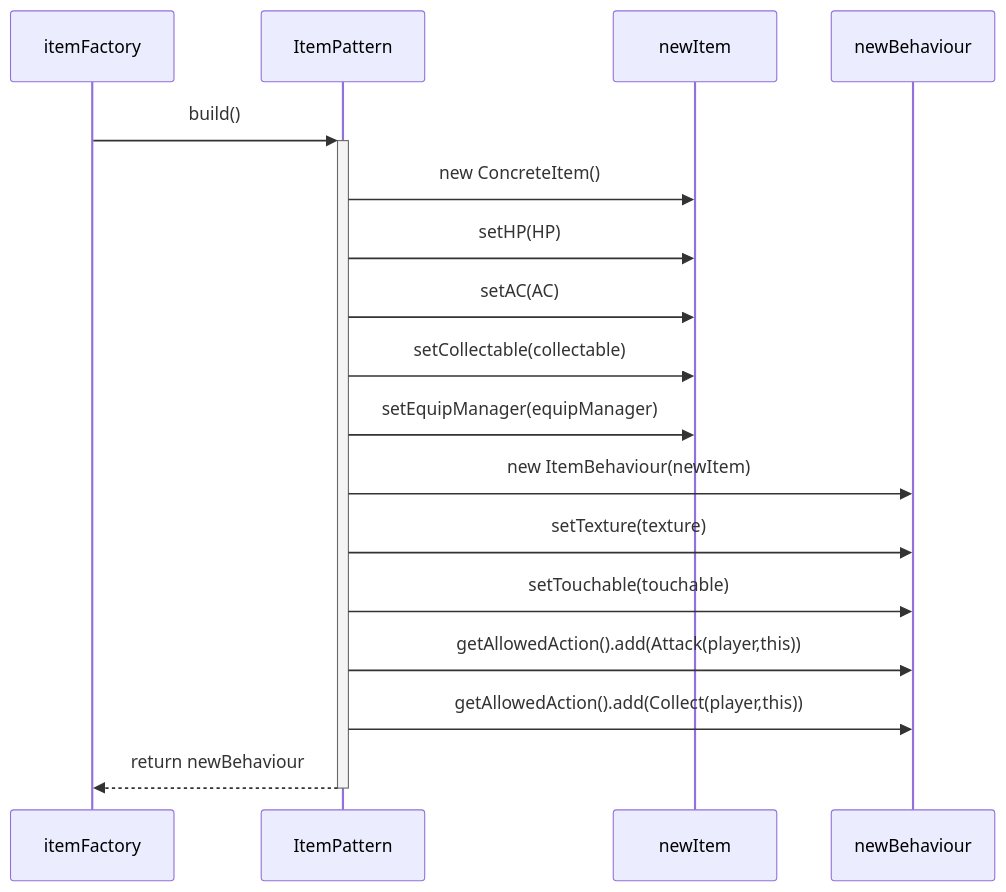
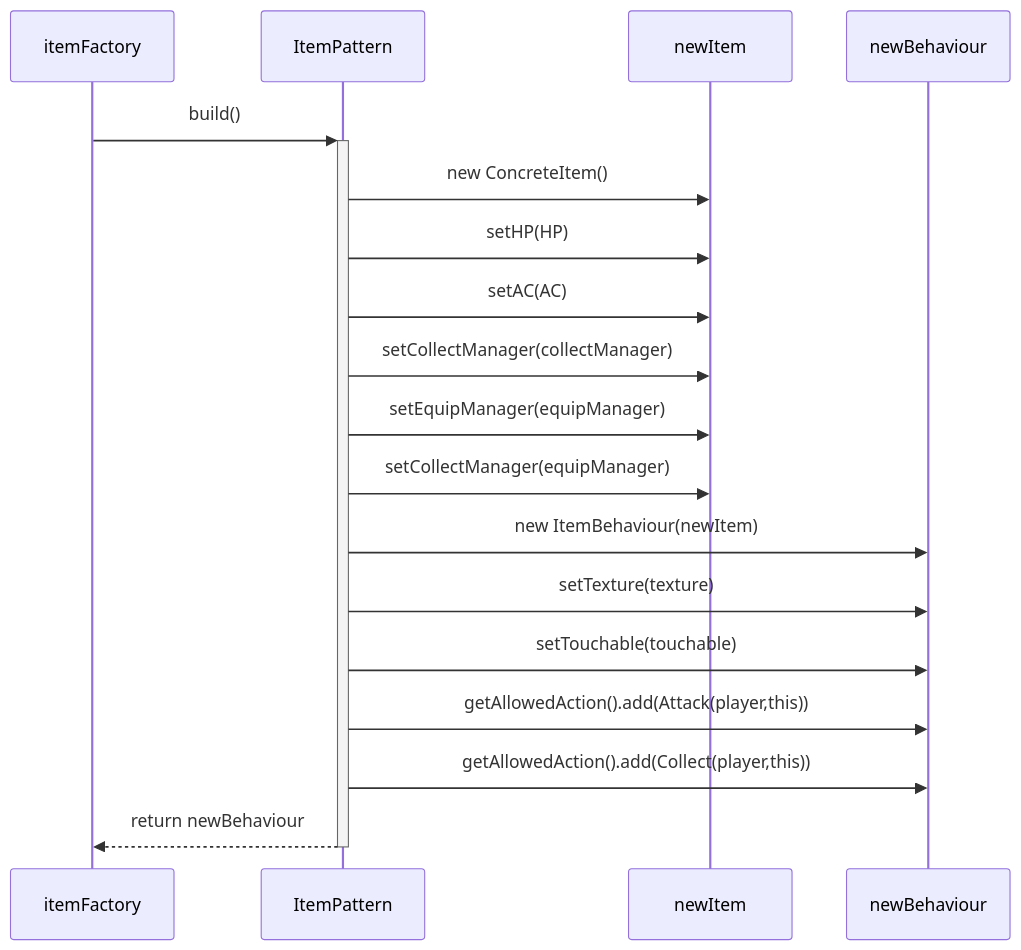
One commit to StrangeClone/GreatGame changed diagram 26 of 37 in class_design/Version_0_1.md. Above: the diagram before and after it, drawn with Mermaid. The commit also changed other lines of this file and 11 other files, not shown here.

````diff
--- a/class_design/Version_0_1.md
+++ b/class_design/Version_0_1.md
@@ -1102,15 +1104,16 @@
 ```mermaid
 sequenceDiagram
     itemFactory ->>+ ItemPattern : build()
     ItemPattern ->> newItem : new ConcreteItem()
     ItemPattern ->> newItem : setHP(HP)
     ItemPattern ->> newItem : setAC(AC)
-    ItemPattern ->> newItem : setCollectable(collectable)
+    ItemPattern ->> newItem : setCollectManager(collectManager)
     ItemPattern ->> newItem : setEquipManager(equipManager)
+    ItemPattern ->> newItem : setCollectManager(equipManager)
     ItemPattern ->> newBehaviour : new ItemBehaviour(newItem)
     ItemPattern ->> newBehaviour : setTexture(texture)
     ItemPattern ->> newBehaviour : setTouchable(touchable)
     ItemPattern ->> newBehaviour : getAllowedAction().add(Attack(player,this))
     ItemPattern ->> newBehaviour : getAllowedAction().add(Collect(player,this))
     ItemPattern -->>- itemFactory : return newBehaviour
 ```
````
